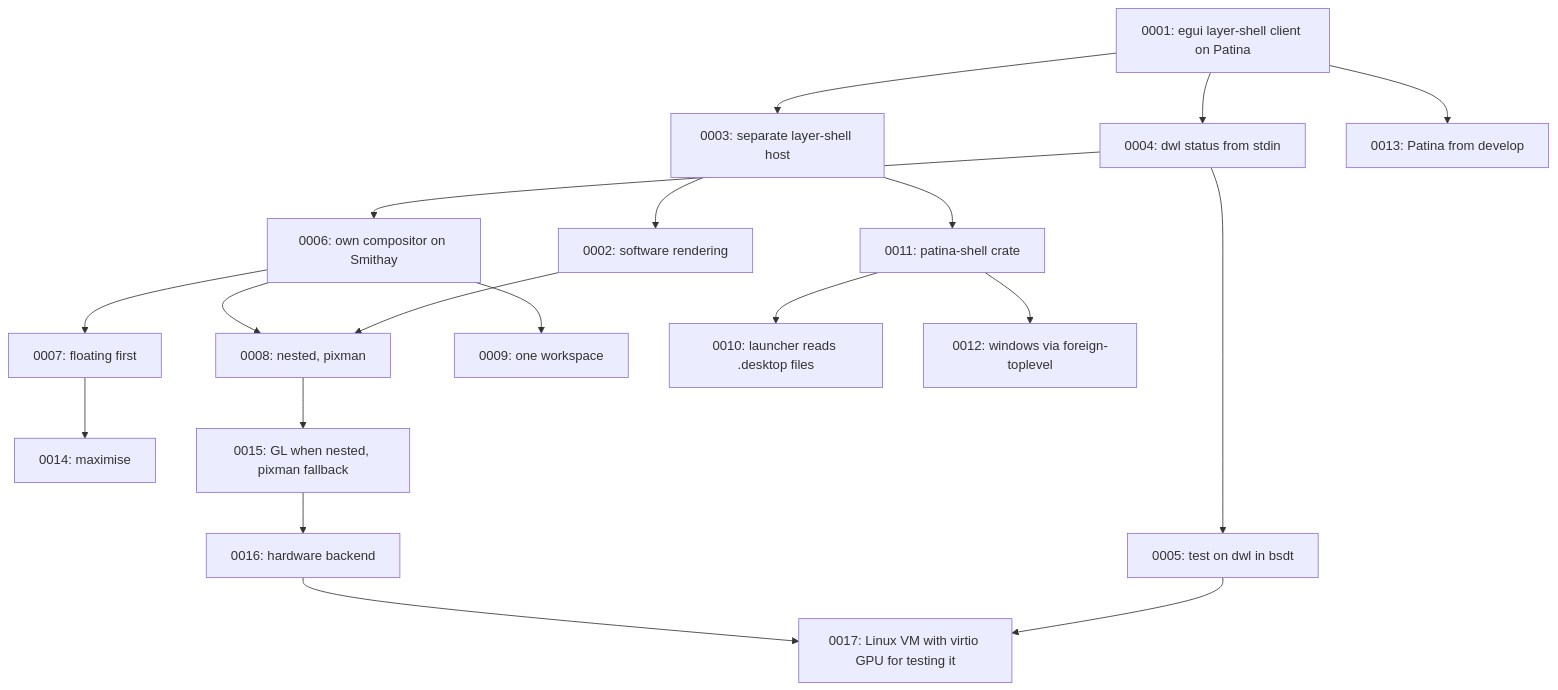
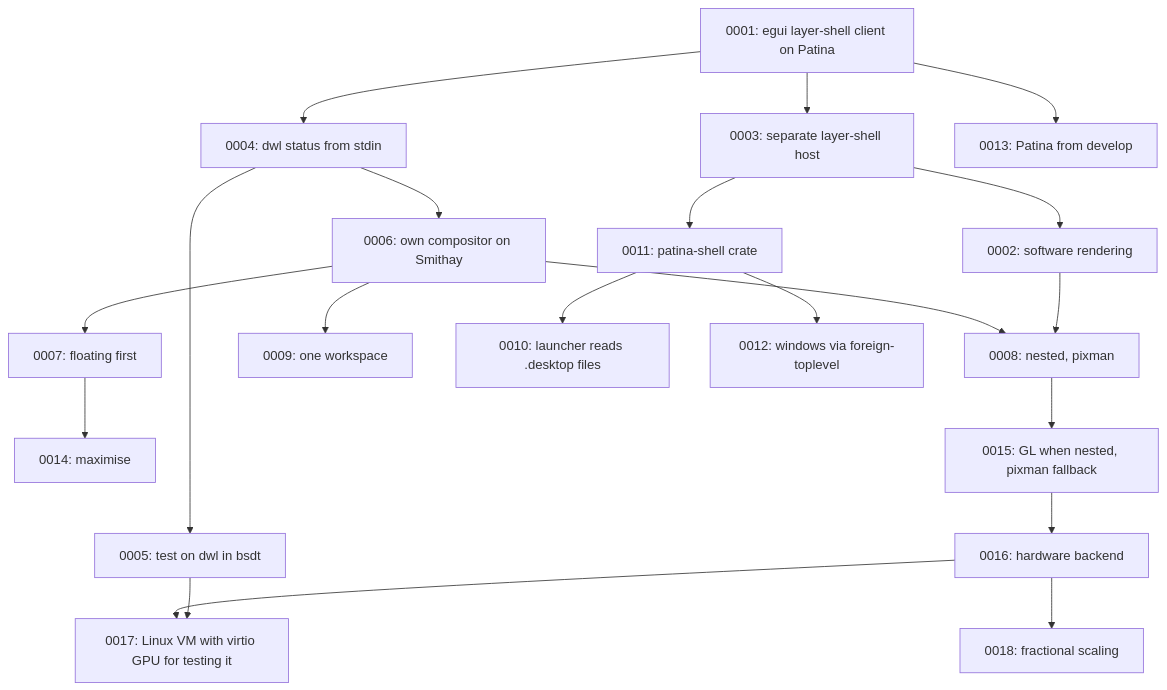
The diagram in docs/adr/README.md (Sector-F-Labs/patina-desktop), drawn with Mermaid before and after one commit. The commit also changed other lines of this file and 9 other files, not shown here.

First line of the commit message:
Fractional scaling: wp_fractional_scale and wp_viewporter

````diff
--- a/docs/adr/README.md
+++ b/docs/adr/README.md
@@ -65,21 +66,22 @@
 ```mermaid
 flowchart TD
     A[0001: egui layer-shell client on Patina] --> B[0003: separate layer-shell host]
     B --> C[0002: software rendering]
     A --> D[0004: dwl status from stdin]
     D --> E[0005: test on dwl in bsdt]
     D --> F[0006: own compositor on Smithay]
     F --> G[0007: floating first]
     G --> N[0014: maximise]
     F --> H[0008: nested, pixman]
     H --> O[0015: GL when nested, pixman fallback]
     O --> P[0016: hardware backend]
     P --> Q[0017: Linux VM with virtio GPU for testing it]
+    P --> R[0018: fractional scaling]
     E --> Q
     C --> H
     F --> I[0009: one workspace]
     B --> K[0011: patina-shell crate]
     K --> J[0010: launcher reads .desktop files]
     K --> L[0012: windows via foreign-toplevel]
     A --> M[0013: Patina from develop]
 ```
````
